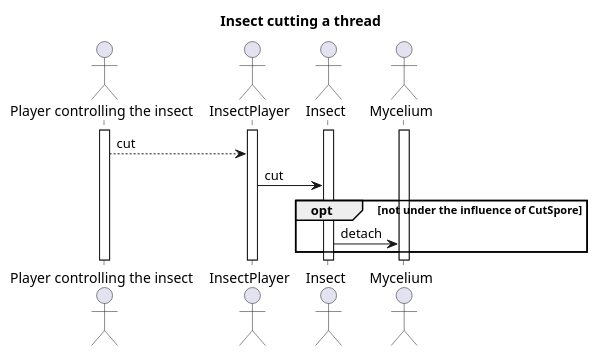
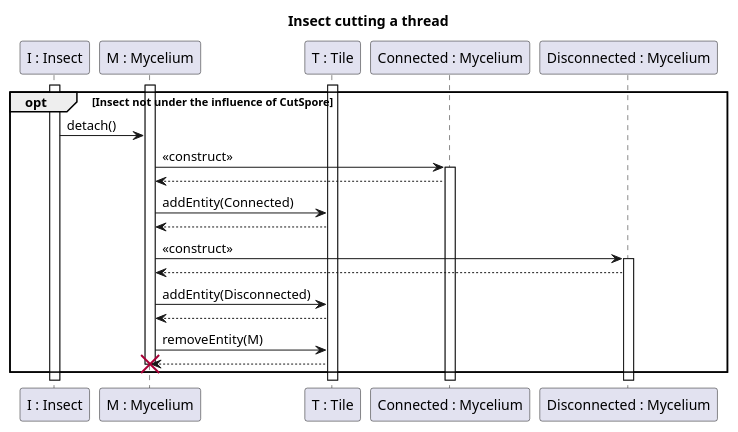
The diagram in diagrams/diagramFiles/SQ_InsectCutThread.puml (Klastiv/Projlab_nullpointerexception), drawn with PlantUML before and after one commit.

Commit message:
insectcut

```diff
--- a/diagrams/diagramFiles/SQ_InsectCutThread.puml
+++ b/diagrams/diagramFiles/SQ_InsectCutThread.puml
@@ -1,25 +1,42 @@
 @startuml Insect thread cutting
 
 title Insect cutting a thread
 
-actor "Player controlling the insect" as P
-actor "InsectPlayer" as Ip
-actor "Insect" as I
-actor "Mycelium" as T
 
-activate P
-activate Ip
+participant "I : Insect" as I
+participant "M : Mycelium" as T
+participant "T : Tile" as Tl
+participant "Connected : Mycelium" as Mc
+participant "Disconnected : Mycelium" as Md
+
+
 activate I
 activate T
+activate Tl
 
-P --> Ip : cut
+opt Insect not under the influence of CutSpore
+I -> T : detach()
+T->Mc : <<construct>>
 
-Ip -> I : cut
-opt not under the influence of CutSpore
-I -> T : detach
+activate Mc
 
+Mc-->T
+T->Tl : addEntity(Connected)
+Tl --> T
+T->Md : <<construct>>
+
+activate Md
+
+Md-->T
+T->Tl : addEntity(Disconnected)
+Tl-->T
+
+T->Tl : removeEntity(M)
+Tl-->T
+
+destroy T
 
 end
 
 
 @enduml
```
